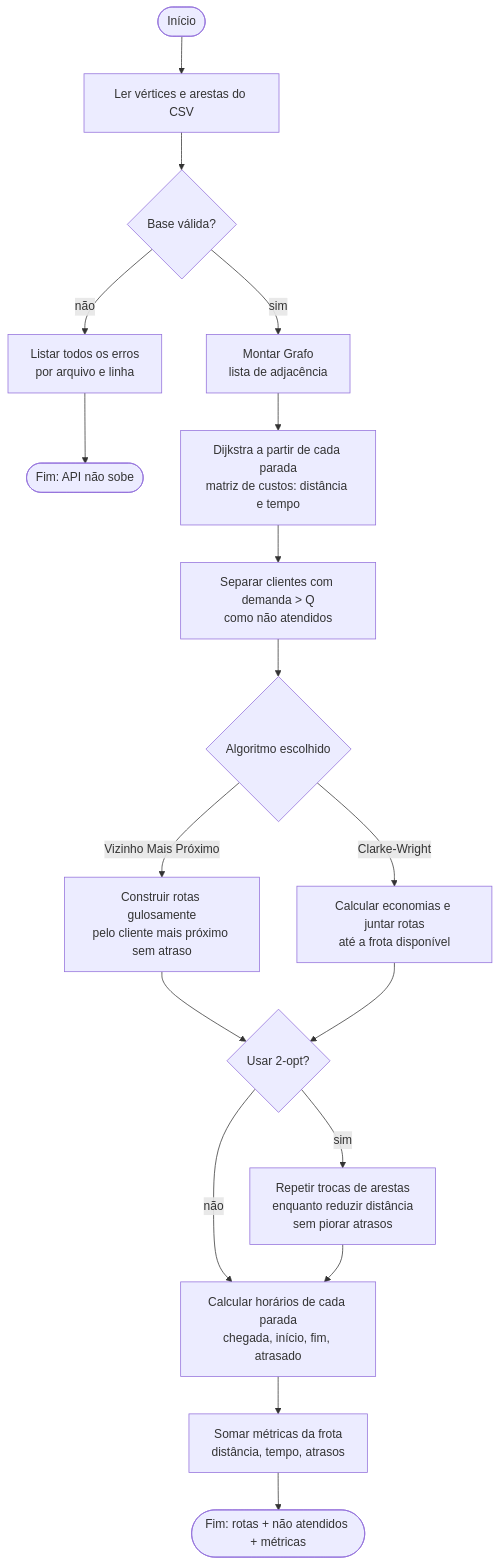
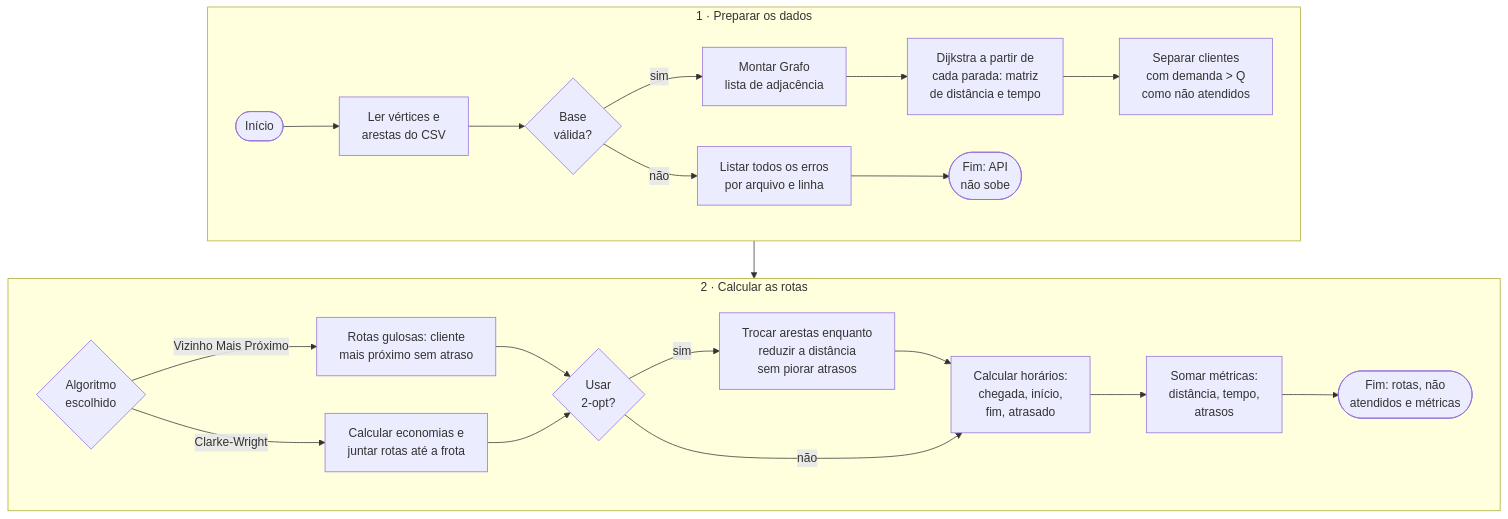
Before and after one commit to zainemt/tp-grafos-centro-logistico-10: the second of 2 diagrams in docs/diagramas-grafo.md, drawn with Mermaid. The commit also changed other lines of this file and 2 other files, not shown here.

Commit message:
docs(relatorio): diagrama de atividades na horizontal
- docs/diagramas-grafo.md: fluxo em duas faixas (preparar os dados e calcular as rotas)
- uml-atividades-rotas.png gerado de novo a partir do código (2400 x 1094)
- main.tex: figura na largura do texto, com altura máxima de 40% da página
  (antes ocupava a página inteira e saía cortada)

````diff
--- a/docs/diagramas-grafo.md
+++ b/docs/diagramas-grafo.md
@@ -136,19 +139,20 @@
 ```mermaid
-flowchart TD
-    A([Início]) --> B[Ler vértices e arestas do CSV]
-    B --> C{Base válida?}
-    C -- não --> C1[Listar todos os erros\npor arquivo e linha] --> Z([Fim: API não sobe])
-    C -- sim --> D[Montar Grafo\nlista de adjacência]
-    D --> E[Dijkstra a partir de cada parada\nmatriz de custos: distância e tempo]
-    E --> F[Separar clientes com demanda > Q\ncomo não atendidos]
-    F --> G{Algoritmo escolhido}
-    G -- Vizinho Mais Próximo --> H1[Construir rotas gulosamente\npelo cliente mais próximo sem atraso]
-    G -- Clarke-Wright --> H2[Calcular economias e juntar rotas\naté a frota disponível]
-    H1 --> I{Usar 2-opt?}
-    H2 --> I
-    I -- sim --> J[Repetir trocas de arestas\nenquanto reduzir distância\nsem piorar atrasos]
-    I -- não --> K
-    J --> K[Calcular horários de cada parada\nchegada, início, fim, atrasado]
-    K --> L[Somar métricas da frota\ndistância, tempo, atrasos]
-    L --> M([Fim: rotas + não atendidos + métricas])
+flowchart TB
+    subgraph PREP["1 · Preparar os dados"]
+        direction LR
+        A([Início]) --> B[Ler vértices e<br/>arestas do CSV] --> C{Base<br/>válida?}
+        C -- sim --> D[Montar Grafo<br/>lista de adjacência] --> E[Dijkstra a partir de<br/>cada parada: matriz<br/>de distância e tempo] --> F[Separar clientes<br/>com demanda > Q<br/>como não atendidos]
+        C -- não --> C1[Listar todos os erros<br/>por arquivo e linha] --> Z([Fim: API<br/>não sobe])
+    end
+    subgraph ROTAS["2 · Calcular as rotas"]
+        direction LR
+        G{Algoritmo<br/>escolhido} -- Vizinho Mais Próximo --> H1[Rotas gulosas: cliente<br/>mais próximo sem atraso]
+        G -- Clarke-Wright --> H2[Calcular economias e<br/>juntar rotas até a frota]
+        H1 --> I{Usar<br/>2-opt?}
+        H2 --> I
+        I -- sim --> J[Trocar arestas enquanto<br/>reduzir a distância<br/>sem piorar atrasos] --> K
+        I -- não --> K[Calcular horários:<br/>chegada, início,<br/>fim, atrasado]
+        K --> L[Somar métricas:<br/>distância, tempo,<br/>atrasos] --> M([Fim: rotas, não<br/>atendidos e métricas])
+    end
+    PREP --> ROTAS
 ```
````
